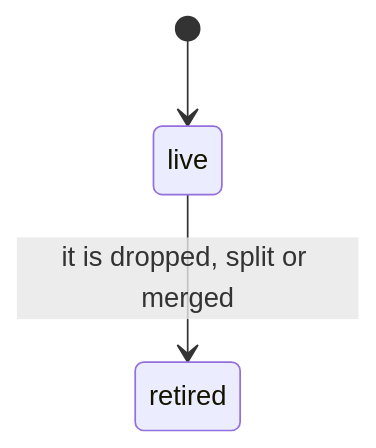
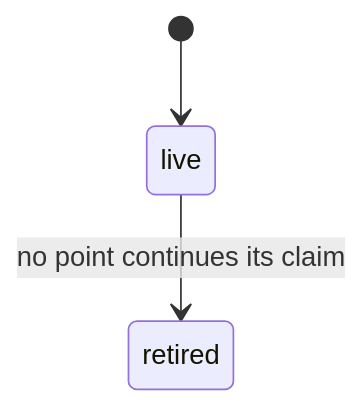
One commit to aleskalfas/project-kit changed the fourth of 6 diagrams in tech-docs/analysis/core/domain-model/010-the-system-and-its-methodology.md. Above: the diagram before and after it, drawn with Mermaid. The commit also changed other lines of this file and 2 other files, not shown here.

````diff
--- a/tech-docs/analysis/core/domain-model/010-the-system-and-its-methodology.md
+++ b/tech-docs/analysis/core/domain-model/010-the-system-and-its-methodology.md
@@ -263,7 +265,7 @@
 ```mermaid
 stateDiagram-v2
   accTitle: The states of a point written as a heading
-  accDescr: A point is live until it is dropped, split or merged, and then retired. A retired point never returns.
+  accDescr: A point is live until no point continues its claim, and then retired. A retired point never returns.
   [*] --> live
-  live --> retired : it is dropped, split or merged
+  live --> retired : no point continues its claim
 ```
````
